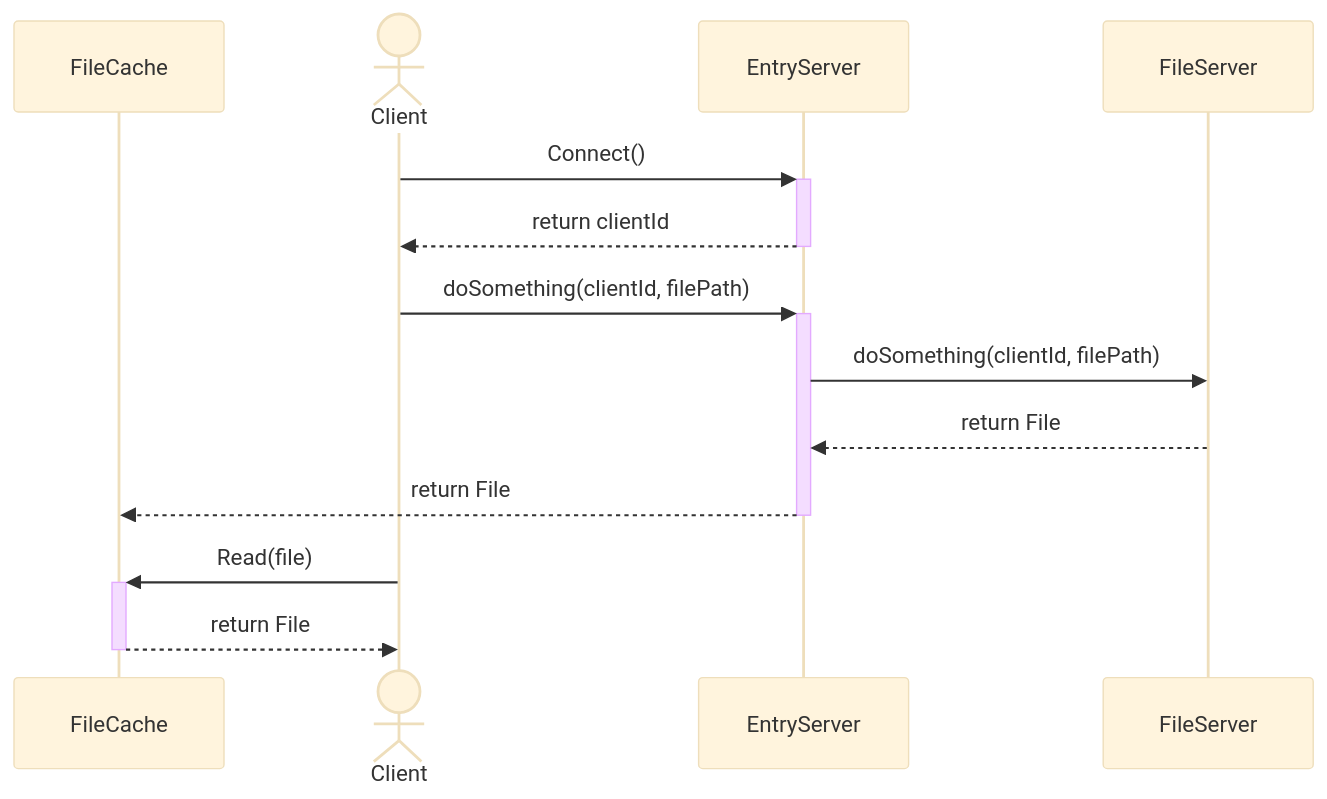
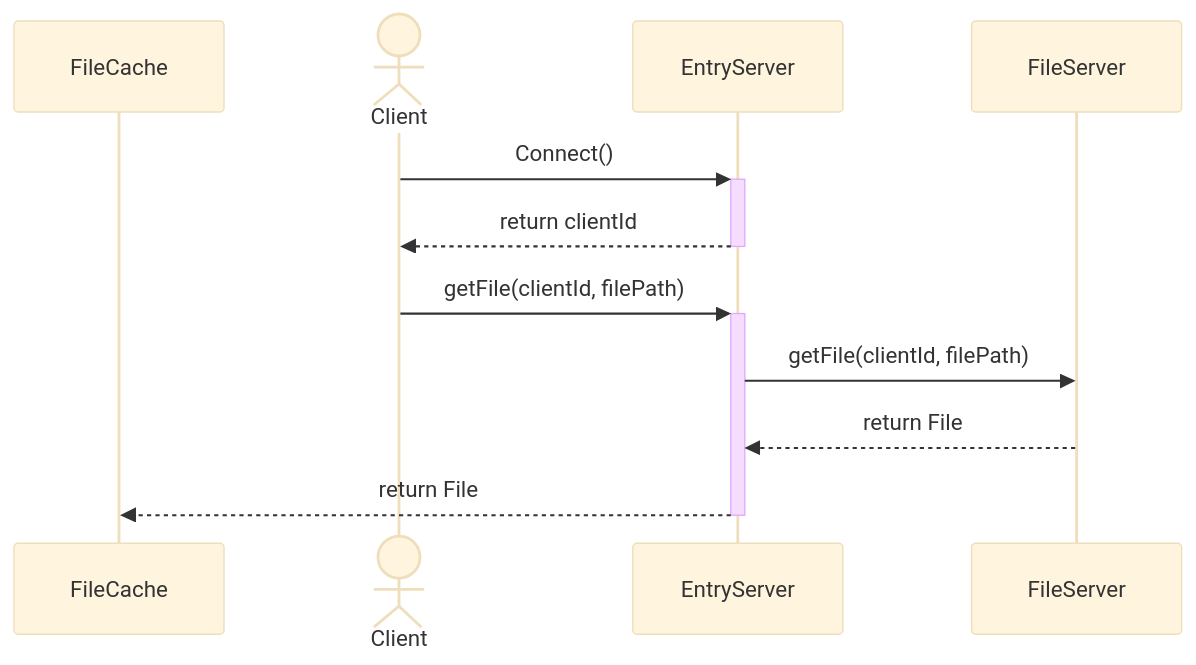
Before and after one commit to kaitokimuraofficial/distributed-file-systems: the first of 3 diagrams in design/sequence.md, drawn with Mermaid (base theme). The commit also changed other lines of this file, not shown here.

````diff
--- a/design/sequence.md
+++ b/design/sequence.md
@@ -1,17 +2,15 @@
 ```mermaid
 sequenceDiagram
 
   participant FC as FileCache
   actor C as Client
   participant ES as EntryServer　
   participant FS as FileServer
 
   C->>+ES: Connect()
   ES-->>-C: return clientId 
-  C->>+ES: doSomething(clientId, filePath)
-  ES->>FS: doSomething(clientId, filePath)
+  C->>+ES: getFile(clientId, filePath)
+  ES->>FS: getFile(clientId, filePath)
   FS-->>ES: return File
   ES-->>-FC: return File
-  C->>+FC: Read(file)
-  FC-->>-C: return File
 ```
````
